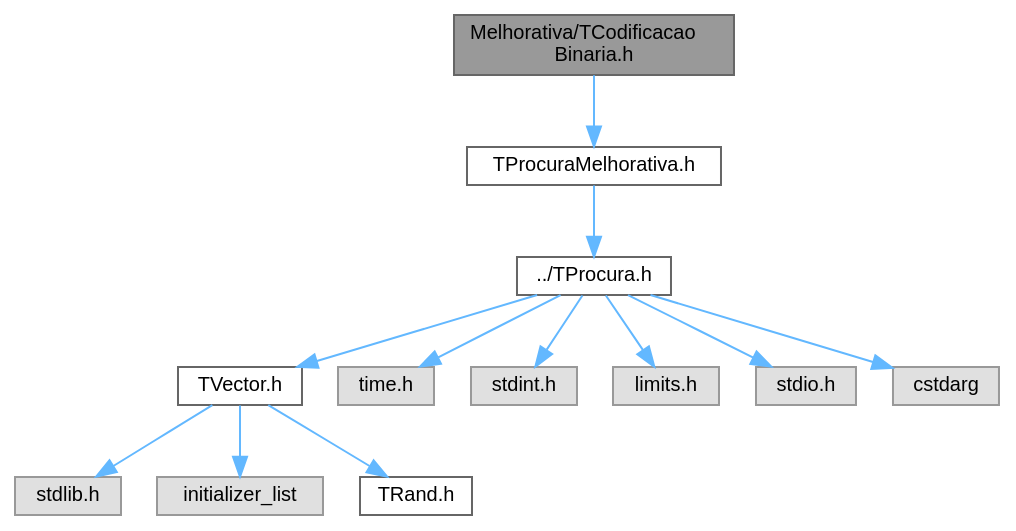
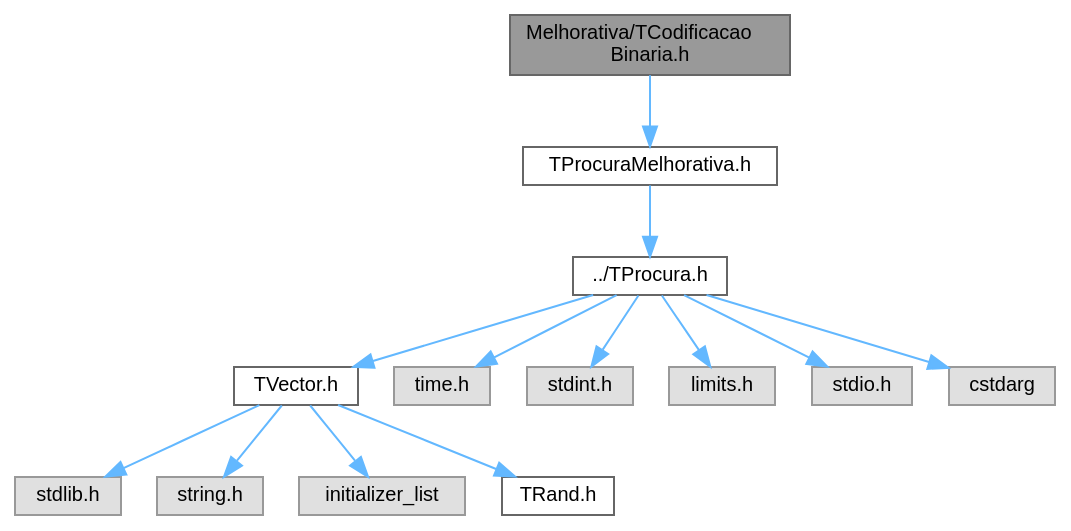
One commit to jcoelho72/TProcura changed the diagram in TCodificacaoBinaria_8h__incl.dot. Above: the diagram before and after it, drawn with Graphviz. The commit also changed 515 other files, not shown here.

```diff
--- a/TCodificacaoBinaria_8h__incl.dot
+++ b/TCodificacaoBinaria_8h__incl.dot
@@ -1,30 +1,32 @@
 digraph "Melhorativa/TCodificacaoBinaria.h"
 {
  // LATEX_PDF_SIZE
   bgcolor="transparent";
   edge [fontname=Helvetica,fontsize=10,labelfontname=Helvetica,labelfontsize=10];
   node [fontname=Helvetica,fontsize=10,shape=box,height=0.2,width=0.4];
   Node1 [id="Node000001",label="Melhorativa/TCodificacao\lBinaria.h",height=0.2,width=0.4,color="gray40", fillcolor="grey60", style="filled", fontcolor="black",tooltip=" "];
-  Node1 -> Node2 [id="edge12_Node000001_Node000002",color="steelblue1",style="solid",tooltip=" "];
+  Node1 -> Node2 [id="edge13_Node000001_Node000002",color="steelblue1",style="solid",tooltip=" "];
   Node2 [id="Node000002",label="TProcuraMelhorativa.h",height=0.2,width=0.4,color="grey40", fillcolor="white", style="filled",URL="$TProcuraMelhorativa_8h.html",tooltip=" "];
-  Node2 -> Node3 [id="edge13_Node000002_Node000003",color="steelblue1",style="solid",tooltip=" "];
+  Node2 -> Node3 [id="edge14_Node000002_Node000003",color="steelblue1",style="solid",tooltip=" "];
   Node3 [id="Node000003",label="../TProcura.h",height=0.2,width=0.4,color="grey40", fillcolor="white", style="filled",URL="$TProcura_8h.html",tooltip=" "];
-  Node3 -> Node4 [id="edge14_Node000003_Node000004",color="steelblue1",style="solid",tooltip=" "];
+  Node3 -> Node4 [id="edge15_Node000003_Node000004",color="steelblue1",style="solid",tooltip=" "];
   Node4 [id="Node000004",label="TVector.h",height=0.2,width=0.4,color="grey40", fillcolor="white", style="filled",URL="$TVector_8h.html",tooltip="Vetor dinâmico genérico com operações de pilha, conjuntos e algoritmos úteis."];
-  Node4 -> Node5 [id="edge15_Node000004_Node000005",color="steelblue1",style="solid",tooltip=" "];
+  Node4 -> Node5 [id="edge16_Node000004_Node000005",color="steelblue1",style="solid",tooltip=" "];
   Node5 [id="Node000005",label="stdlib.h",height=0.2,width=0.4,color="grey60", fillcolor="#E0E0E0", style="filled",tooltip=" "];
-  Node4 -> Node6 [id="edge16_Node000004_Node000006",color="steelblue1",style="solid",tooltip=" "];
-  Node6 [id="Node000006",label="initializer_list",height=0.2,width=0.4,color="grey60", fillcolor="#E0E0E0", style="filled",tooltip=" "];
-  Node4 -> Node7 [id="edge17_Node000004_Node000007",color="steelblue1",style="solid",tooltip=" "];
-  Node7 [id="Node000007",label="TRand.h",height=0.2,width=0.4,color="grey40", fillcolor="white", style="filled",URL="$TRand_8h.html",tooltip="Interface para geração de números aleatórios independentes do sistema operativo."];
-  Node3 -> Node8 [id="edge18_Node000003_Node000008",color="steelblue1",style="solid",tooltip=" "];
-  Node8 [id="Node000008",label="time.h",height=0.2,width=0.4,color="grey60", fillcolor="#E0E0E0", style="filled",tooltip=" "];
-  Node3 -> Node9 [id="edge19_Node000003_Node000009",color="steelblue1",style="solid",tooltip=" "];
-  Node9 [id="Node000009",label="stdint.h",height=0.2,width=0.4,color="grey60", fillcolor="#E0E0E0", style="filled",tooltip=" "];
-  Node3 -> Node10 [id="edge20_Node000003_Node000010",color="steelblue1",style="solid",tooltip=" "];
-  Node10 [id="Node000010",label="limits.h",height=0.2,width=0.4,color="grey60", fillcolor="#E0E0E0", style="filled",tooltip=" "];
-  Node3 -> Node11 [id="edge21_Node000003_Node000011",color="steelblue1",style="solid",tooltip=" "];
-  Node11 [id="Node000011",label="stdio.h",height=0.2,width=0.4,color="grey60", fillcolor="#E0E0E0", style="filled",tooltip=" "];
-  Node3 -> Node12 [id="edge22_Node000003_Node000012",color="steelblue1",style="solid",tooltip=" "];
-  Node12 [id="Node000012",label="cstdarg",height=0.2,width=0.4,color="grey60", fillcolor="#E0E0E0", style="filled",tooltip=" "];
+  Node4 -> Node6 [id="edge17_Node000004_Node000006",color="steelblue1",style="solid",tooltip=" "];
+  Node6 [id="Node000006",label="string.h",height=0.2,width=0.4,color="grey60", fillcolor="#E0E0E0", style="filled",tooltip=" "];
+  Node4 -> Node7 [id="edge18_Node000004_Node000007",color="steelblue1",style="solid",tooltip=" "];
+  Node7 [id="Node000007",label="initializer_list",height=0.2,width=0.4,color="grey60", fillcolor="#E0E0E0", style="filled",tooltip=" "];
+  Node4 -> Node8 [id="edge19_Node000004_Node000008",color="steelblue1",style="solid",tooltip=" "];
+  Node8 [id="Node000008",label="TRand.h",height=0.2,width=0.4,color="grey40", fillcolor="white", style="filled",URL="$TRand_8h.html",tooltip="Interface para geração de números aleatórios independentes do sistema operativo."];
+  Node3 -> Node9 [id="edge20_Node000003_Node000009",color="steelblue1",style="solid",tooltip=" "];
+  Node9 [id="Node000009",label="time.h",height=0.2,width=0.4,color="grey60", fillcolor="#E0E0E0", style="filled",tooltip=" "];
+  Node3 -> Node10 [id="edge21_Node000003_Node000010",color="steelblue1",style="solid",tooltip=" "];
+  Node10 [id="Node000010",label="stdint.h",height=0.2,width=0.4,color="grey60", fillcolor="#E0E0E0", style="filled",tooltip=" "];
+  Node3 -> Node11 [id="edge22_Node000003_Node000011",color="steelblue1",style="solid",tooltip=" "];
+  Node11 [id="Node000011",label="limits.h",height=0.2,width=0.4,color="grey60", fillcolor="#E0E0E0", style="filled",tooltip=" "];
+  Node3 -> Node12 [id="edge23_Node000003_Node000012",color="steelblue1",style="solid",tooltip=" "];
+  Node12 [id="Node000012",label="stdio.h",height=0.2,width=0.4,color="grey60", fillcolor="#E0E0E0", style="filled",tooltip=" "];
+  Node3 -> Node13 [id="edge24_Node000003_Node000013",color="steelblue1",style="solid",tooltip=" "];
+  Node13 [id="Node000013",label="cstdarg",height=0.2,width=0.4,color="grey60", fillcolor="#E0E0E0", style="filled",tooltip=" "];
 }
```
